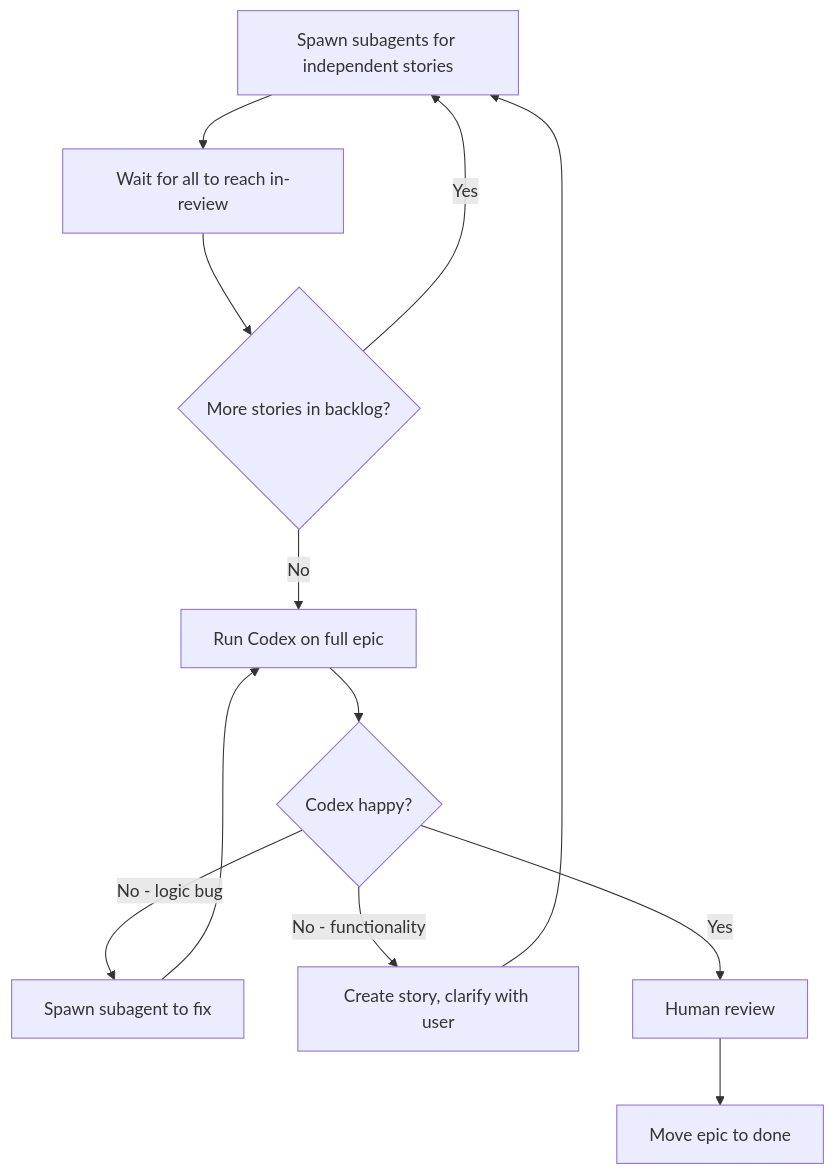
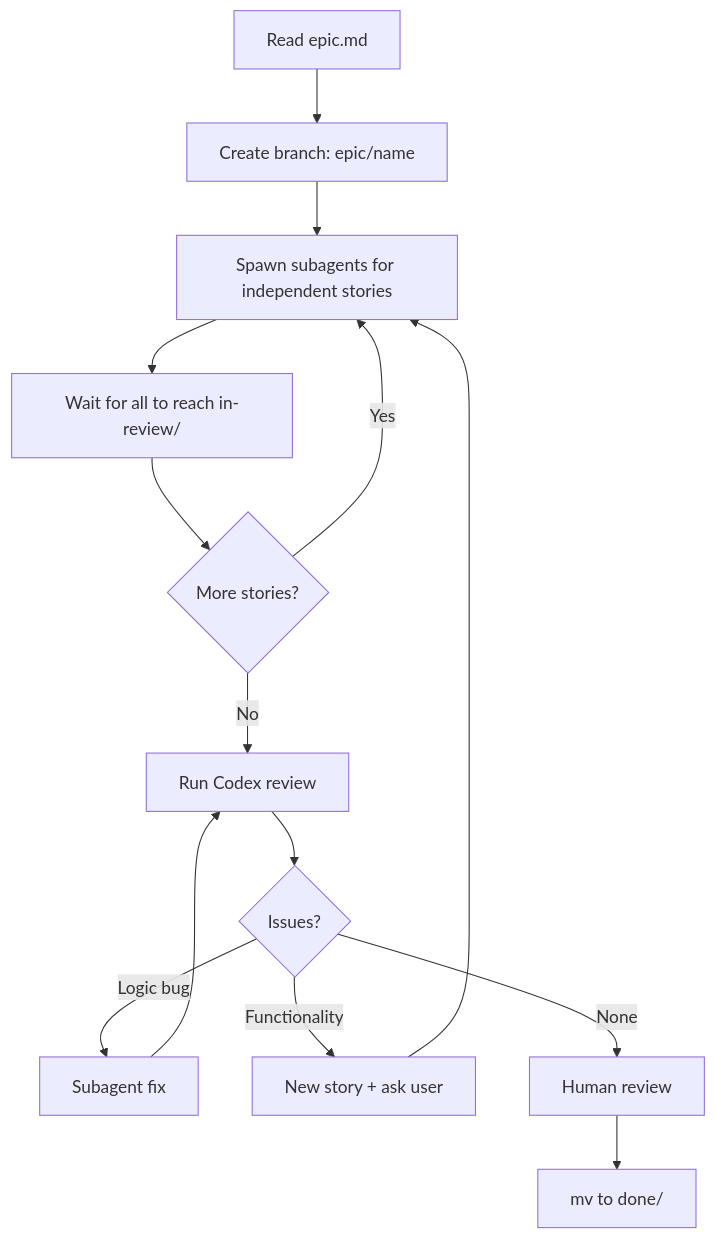
Before and after one commit to brysontang/domino: the diagram in phases/epic-workspace.md, drawn with Mermaid. The commit also changed other lines of this file and 8 other files, not shown here.

First line of the commit message:
Refactor phases to mermaid-first (366 → 136 lines)

````diff
--- a/phases/epic-workspace.md
+++ b/phases/epic-workspace.md
@@ -20,14 +5,14 @@
 ```mermaid
 flowchart TD
-    A[Spawn subagents for independent stories] --> B[Wait for all to reach in-review]
-    B --> C{More stories in backlog?}
-    C -->|Yes| A
-    C -->|No| D[Run Codex on full epic]
-    D --> E{Codex happy?}
-    E -->|No - logic bug| F[Spawn subagent to fix]
-    E -->|No - functionality| G[Create story, clarify with user]
-    F --> D
-    G --> A
-    E -->|Yes| H[Human review]
-    H --> I[Move epic to done]
+    Start[Read epic.md] --> Branch[Create branch: epic/name]
+    Branch --> Spawn[Spawn subagents for independent stories]
+    Spawn --> Wait[Wait for all to reach in-review/]
+    Wait --> More{More stories?}
+    More -->|Yes| Spawn
+    More -->|No| Codex[Run Codex review]
+    Codex --> Issues{Issues?}
+    Issues -->|Logic bug| Fix[Subagent fix] --> Codex
+    Issues -->|Functionality| Story[New story + ask user] --> Spawn
+    Issues -->|None| Human[Human review]
+    Human --> Done[mv to done/]
 ```
````
